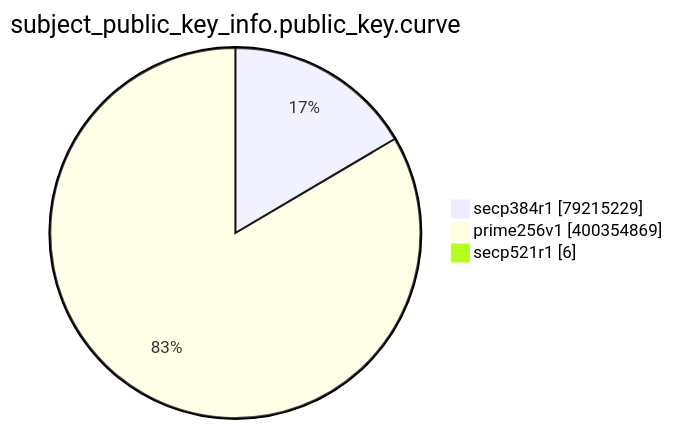
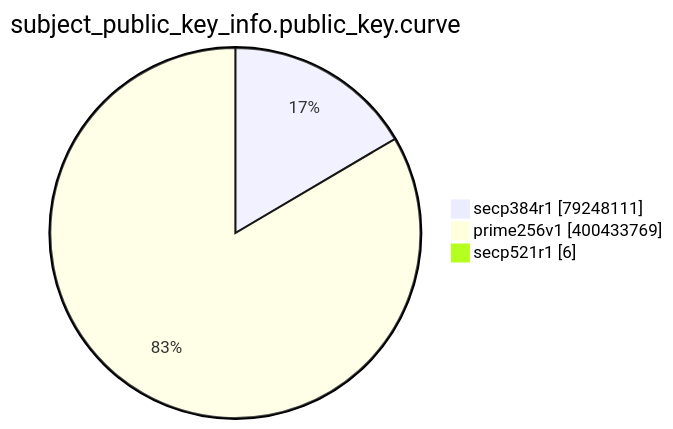
One commit to christiankrug/ctmonitor_visualization changed the eighth of 15 diagrams in TOTAL/README.md. Above: the diagram before and after it, drawn with Mermaid. The commit also changed other lines of this file, not shown here.

````diff
--- a/TOTAL/README.md
+++ b/TOTAL/README.md
@@ -3095,7 +3095,7 @@
 ```mermaid
 pie showData
 title subject_public_key_info.public_key.curve
-"secp384r1" :79215229
-"prime256v1" :400354869
+"secp384r1" :79248111
+"prime256v1" :400433769
 "secp521r1" :6
 ```
````
